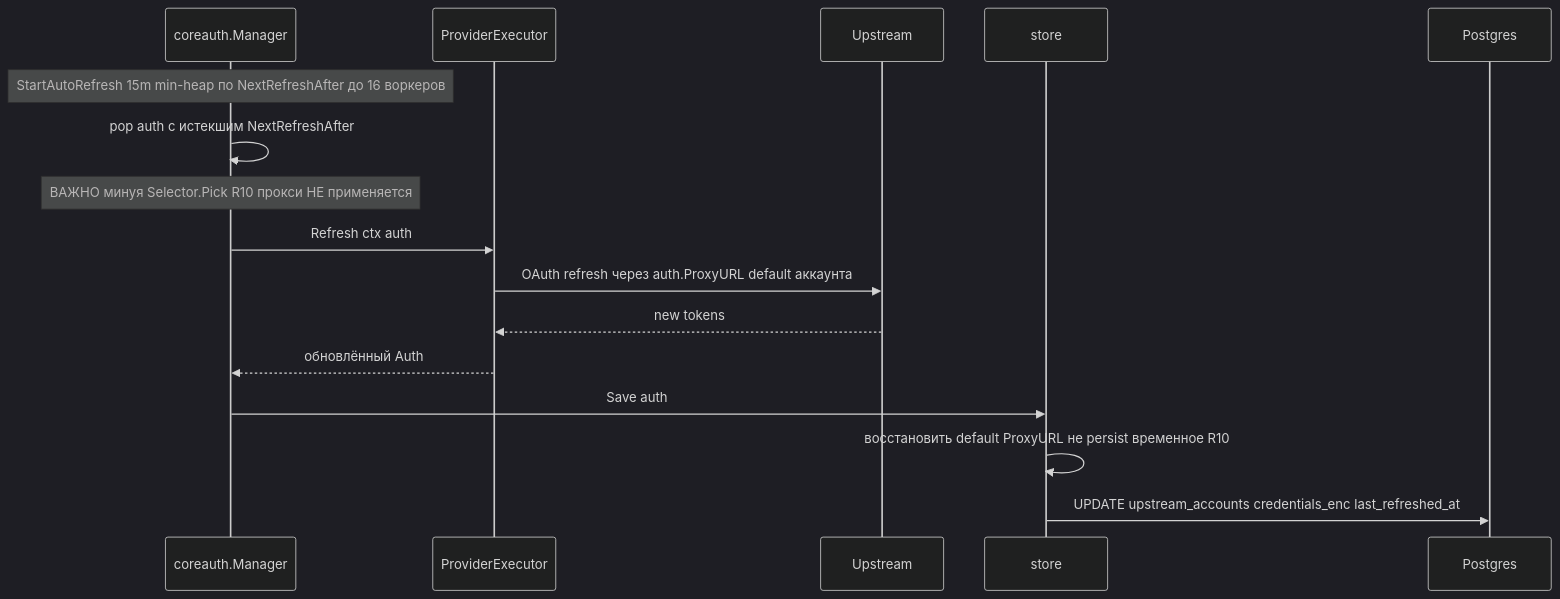
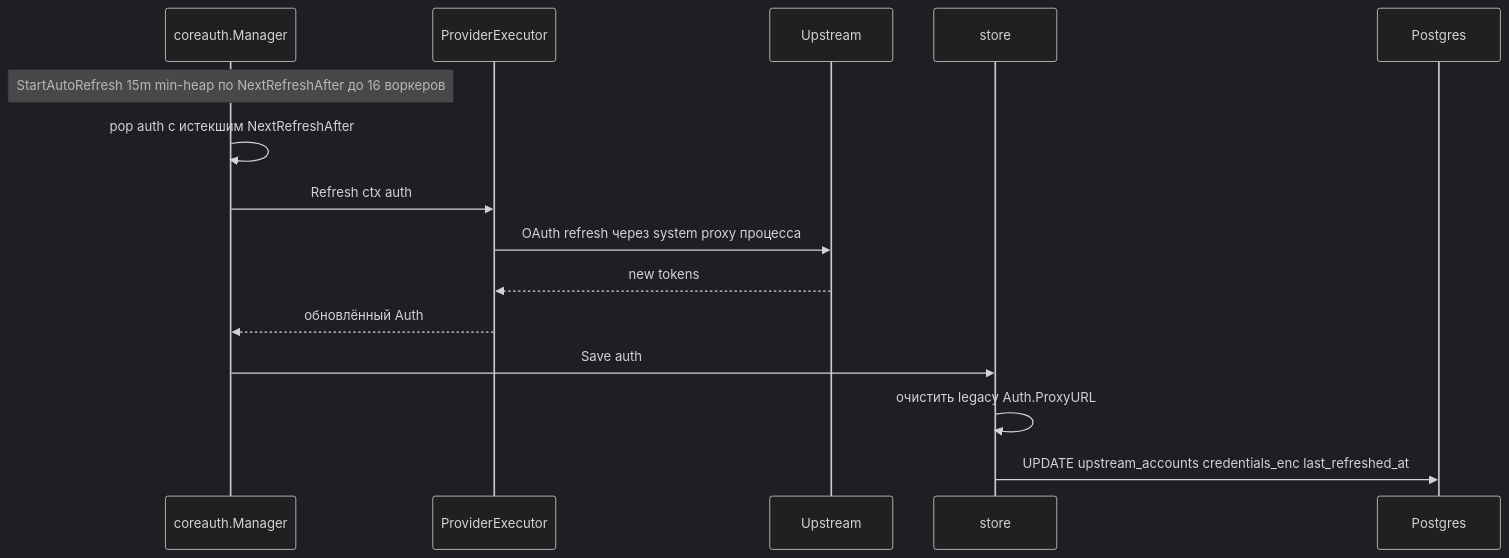
Before and after one commit to ilyast91/CLIProxyNew: the fifth of 7 diagrams in docs/architecture.md, drawn with Mermaid (dark theme). The commit also changed other lines of this file and 15 other files, not shown here.

Commit message:
refactor(proxy): использовать system proxy окружения

````diff
--- a/docs/architecture.md
+++ b/docs/architecture.md
@@ -225,19 +224,18 @@
 ```mermaid
 sequenceDiagram
     participant Core as coreauth.Manager
     participant Exec as ProviderExecutor
     participant Up as Upstream
     participant Store as store
     participant DB as Postgres
 
     Note over Core: StartAutoRefresh 15m min-heap по NextRefreshAfter до 16 воркеров
     Core->>Core: pop auth с истекшим NextRefreshAfter
-    Note over Core: ВАЖНО минуя Selector.Pick R10 прокси НЕ применяется
     Core->>Exec: Refresh ctx auth
-    Exec->>Up: OAuth refresh через auth.ProxyURL default аккаунта
+    Exec->>Up: OAuth refresh через system proxy процесса
     Up-->>Exec: new tokens
     Exec-->>Core: обновлённый Auth
     Core->>Store: Save auth
-    Store->>Store: восстановить default ProxyURL не persist временное R10
+    Store->>Store: очистить legacy Auth.ProxyURL
     Store->>DB: UPDATE upstream_accounts credentials_enc last_refreshed_at
 ```
````
